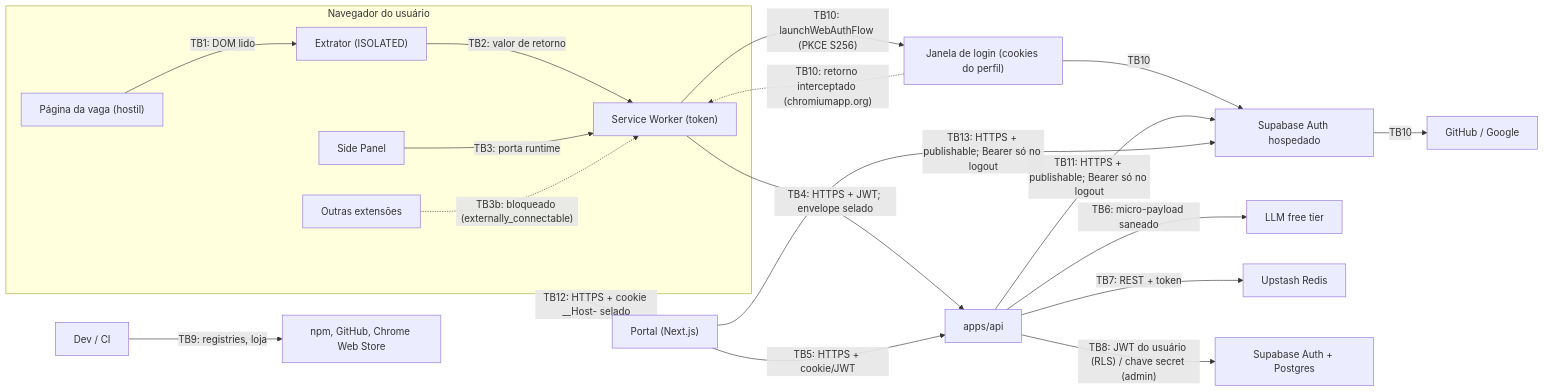
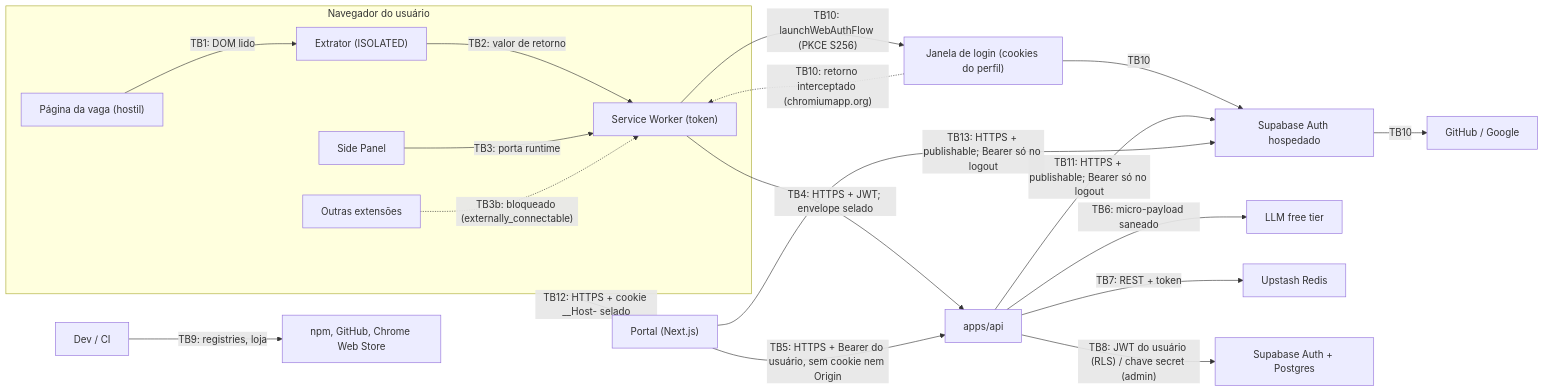
One commit to PatrickSouzaL/trampo.app changed the diagram in docs/arquitetura/threat-model.md. Above: the diagram before and after it, drawn with Mermaid. The commit also changed other lines of this file and 9 other files, not shown here.

First line of the commit message:
docs: F1-PORTAL-02 closed in code, F1-PORTAL-04 design (ADR-027 section 9), ADR-028, next step

````diff
--- a/docs/arquitetura/threat-model.md
+++ b/docs/arquitetura/threat-model.md
@@ -147,22 +147,22 @@
 ```mermaid
 flowchart LR
   subgraph NAV["Navegador do usuário"]
     PAGE["Página da vaga (hostil)"] -- "TB1: DOM lido" --> EXTR["Extrator (ISOLATED)"]
     EXTR -- "TB2: valor de retorno" --> SW["Service Worker (token)"]
     SP["Side Panel"] -- "TB3: porta runtime" --> SW
     OTH["Outras extensões"] -. "TB3b: bloqueado (externally_connectable)" .-> SW
   end
   SW -- "TB10: launchWebAuthFlow (PKCE S256)" --> WIN["Janela de login (cookies do perfil)"]
   WIN -- "TB10" --> SBA["Supabase Auth hospedado"]
   SBA -- "TB10" --> IDP["GitHub / Google"]
   WIN -. "TB10: retorno interceptado (chromiumapp.org)" .-> SW
   SW -- "TB4: HTTPS + JWT; envelope selado" --> API["apps/api"]
   API -- "TB11: HTTPS + publishable; Bearer só no logout" --> SBA
-  PORTAL["Portal (Next.js)"] -- "TB5: HTTPS + cookie/JWT" --> API
+  PORTAL["Portal (Next.js)"] -- "TB5: HTTPS + Bearer do usuário, sem cookie nem Origin" --> API
   NAV["Navegador do usuário"] -- "TB12: HTTPS + cookie __Host- selado" --> PORTAL
   PORTAL -- "TB13: HTTPS + publishable; Bearer só no logout" --> SBA
   API -- "TB6: micro-payload saneado" --> LLM["LLM free tier"]
   API -- "TB7: REST + token" --> REDIS["Upstash Redis"]
   API -- "TB8: JWT do usuário (RLS) / chave secret (admin)" --> SB["Supabase Auth + Postgres"]
   DEV["Dev / CI"] -- "TB9: registries, loja" --> SUP["npm, GitHub, Chrome Web Store"]
 ```
````
